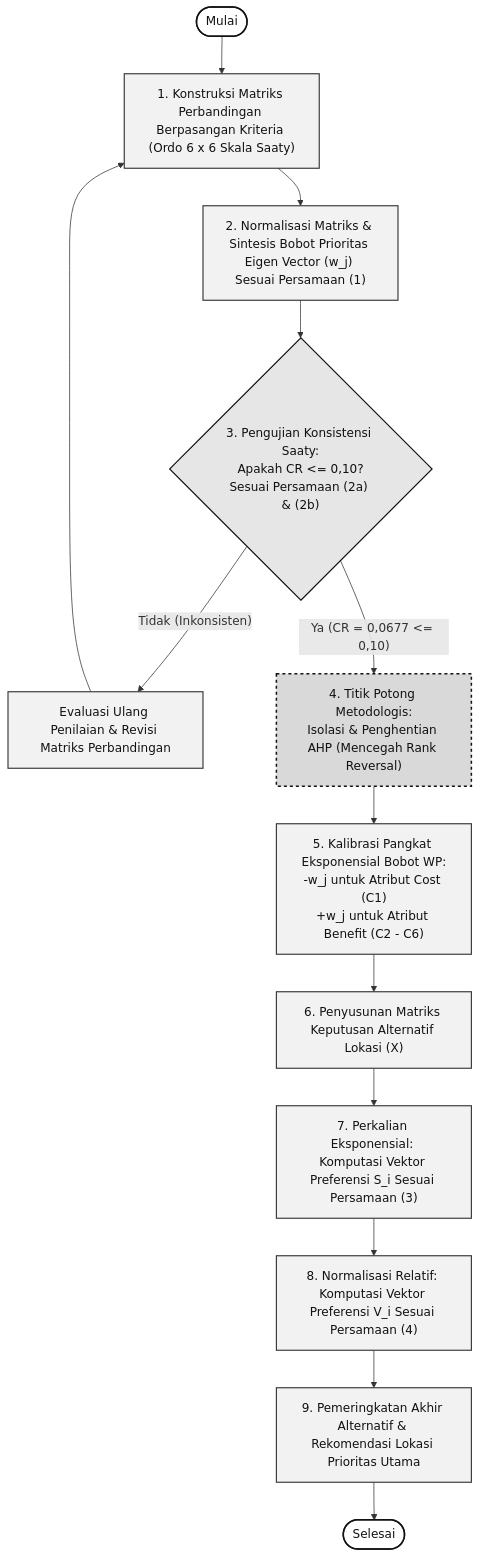
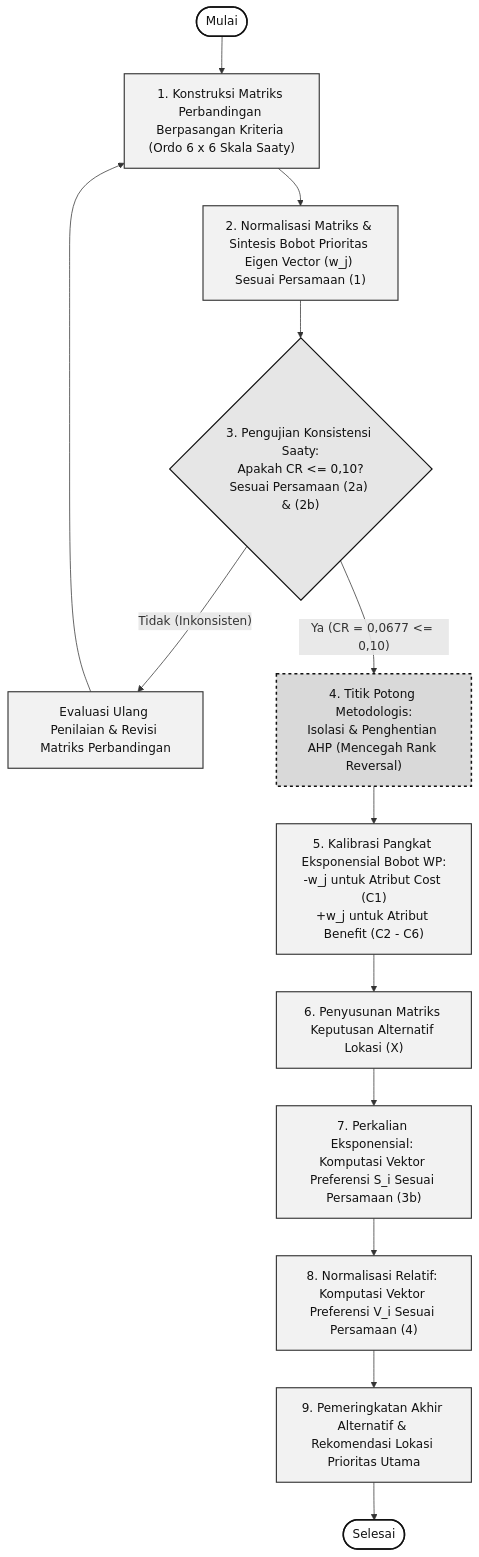
One commit to noveliahrlnd/spk-ahp-wp-ritel-emas changed the second of 3 diagrams in 03_Manuscript_Draft/Draft_Penggunaan_Gambar.md. Above: the diagram before and after it, drawn with Mermaid. The commit also changed other lines of this file and 3 other files, not shown here.

````diff
--- a/03_Manuscript_Draft/Draft_Penggunaan_Gambar.md
+++ b/03_Manuscript_Draft/Draft_Penggunaan_Gambar.md
@@ -70,23 +73,23 @@
 ```mermaid
 flowchart TD
     classDef startEnd fill:#ffffff,stroke:#111111,stroke-width:2px,color:#111111;
     classDef process fill:#f2f2f2,stroke:#333333,stroke-width:1.5px,color:#111111;
     classDef decision fill:#e6e6e6,stroke:#111111,stroke-width:1.5px,color:#111111;
     classDef cutoff fill:#d9d9d9,stroke:#111111,stroke-width:2px,stroke-dasharray: 4 4,color:#111111;
 
     Start([Mulai]):::startEnd --> MatriksAHP["1. Konstruksi Matriks Perbandingan Berpasangan Kriteria (Ordo 6 x 6 Skala Saaty)"]:::process
     MatriksAHP --> HitungBobot["2. Normalisasi Matriks & Sintesis Bobot Prioritas Eigen Vector (w_j) Sesuai Persamaan (1)"]:::process
     HitungBobot --> CekKonsistensi{"3. Pengujian Konsistensi Saaty:<br>Apakah CR <= 0,10?<br>Sesuai Persamaan (2a) & (2b)"}:::decision
     
     CekKonsistensi -- "Tidak (Inkonsisten)" --> Reevaluasi["Evaluasi Ulang Penilaian & Revisi Matriks Perbandingan"]:::process
     Reevaluasi --> MatriksAHP
     
     CekKonsistensi -- "Ya (CR = 0,0677 <= 0,10)" --> CutOff["4. Titik Potong Metodologis:<br>Isolasi & Penghentian AHP (Mencegah Rank Reversal)"]:::cutoff
     
     CutOff --> PangkatWP["5. Kalibrasi Pangkat Eksponensial Bobot WP:<br>-w_j untuk Atribut Cost (C1)<br>+w_j untuk Atribut Benefit (C2 - C6)"]:::process
     PangkatWP --> MatriksX["6. Penyusunan Matriks Keputusan Alternatif Lokasi (X)"]:::process
-    MatriksX --> VektorS["7. Perkalian Eksponensial: Komputasi Vektor Preferensi S_i Sesuai Persamaan (3)"]:::process
+    MatriksX --> VektorS["7. Perkalian Eksponensial: Komputasi Vektor Preferensi S_i Sesuai Persamaan (3b)"]:::process
     VektorS --> VektorV["8. Normalisasi Relatif: Komputasi Vektor Preferensi V_i Sesuai Persamaan (4)"]:::process
     VektorV --> Perankingan["9. Pemeringkatan Akhir Alternatif & Rekomendasi Lokasi Prioritas Utama"]:::process
     Perankingan --> Selesai([Selesai]):::startEnd
 ```
````
